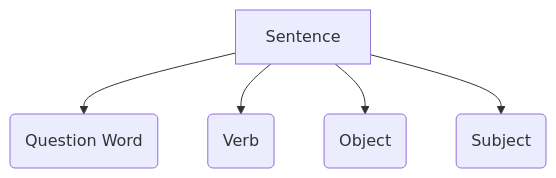
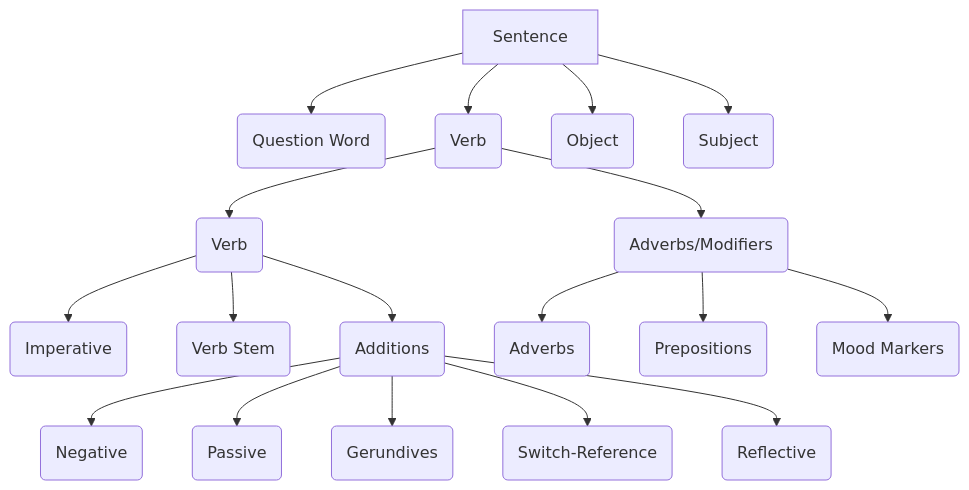
One commit to 17yb/Ti-iwo changed the diagram in README.md. Above: the diagram before and after it, drawn with Mermaid.

Commit message:
Adding Verb Tree

````diff
--- a/README.md
+++ b/README.md
@@ -4,9 +4,22 @@
 ```mermaid
 flowchart TD
     Sen[Sentence] 
     Sen--> QW(Question Word)
     Sen--> Vb(Verb)
     Sen--> Ob(Object)
     Sen--> Sub(Subject)
+    Vb--> Verb(Verb)
+    Vb--> AdM(Adverbs/Modifiers)
+    Verb--> Im(Imperative)
+    Verb--> VbSt(Verb Stem)
+    Verb--> VbAd(Additions)
+    VbAd--> NgVb(Negative)
+    VbAd--> PaVb(Passive)
+    VbAd--> GeVB(Gerundives)
+    VbAd--> SRVb(Switch-Reference)
+    VbAd--> ReVb(Reflective)
+    AdM--> Adv(Adverbs)
+    AdM--> Prep(Prepositions)
+    AdM--> MM(Mood Markers)
 
 ```
````
